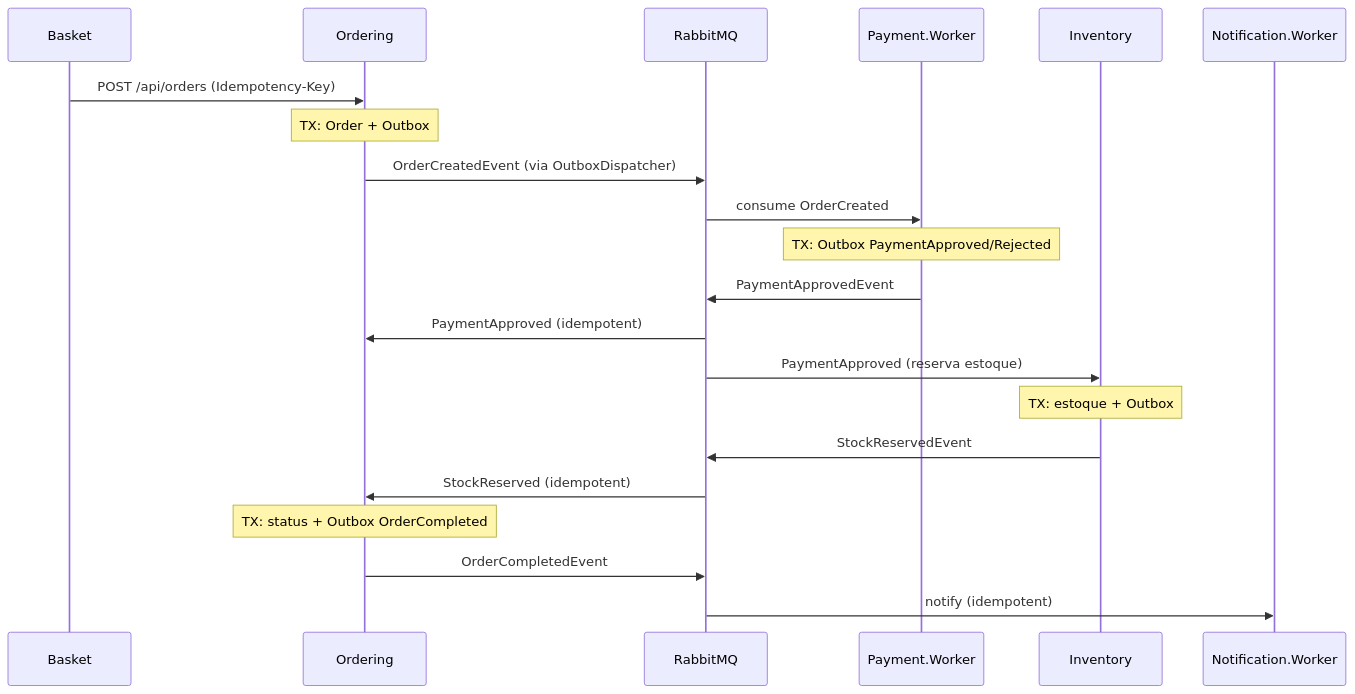
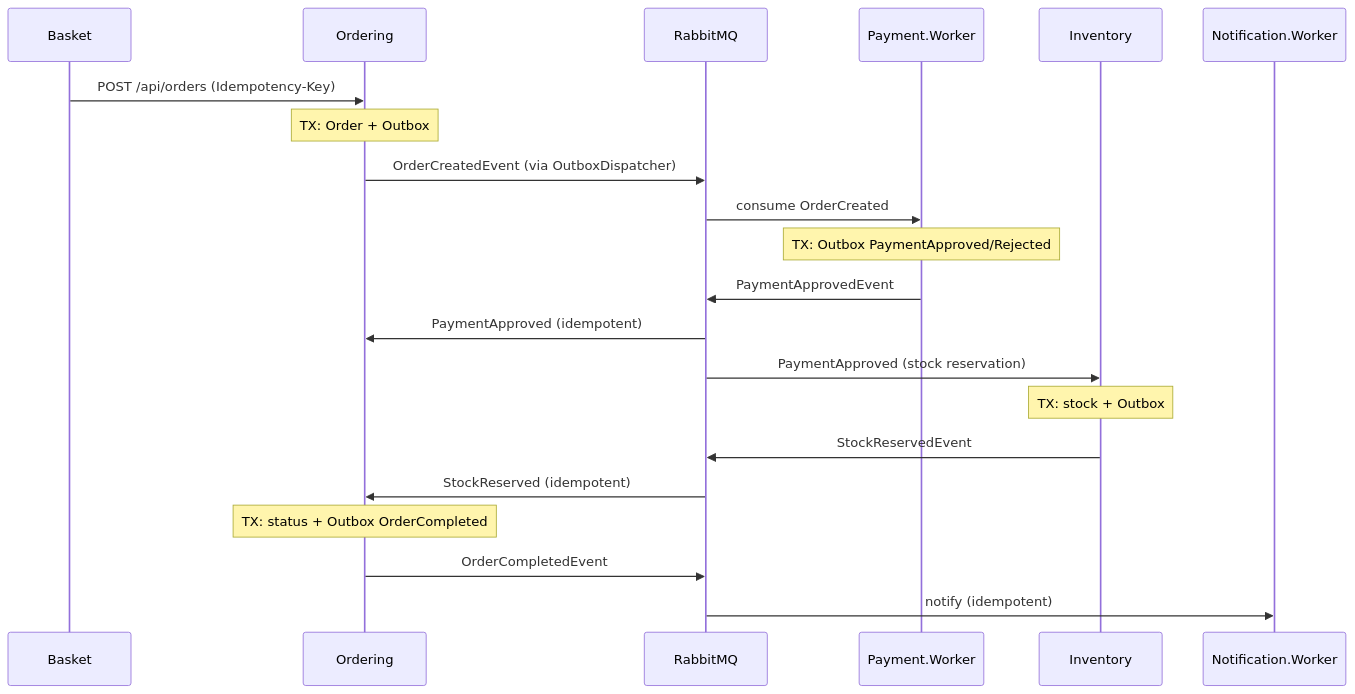
Before and after one commit to luismpenholato/Microservices.Ecommerce: the first of 2 diagrams in docs/architecture.md, drawn with Mermaid. The commit also changed other lines of this file and 31 other files, not shown here.

````diff
--- a/docs/architecture.md
+++ b/docs/architecture.md
@@ -95,24 +95,24 @@
 ```mermaid
 sequenceDiagram
     participant B as Basket
     participant O as Ordering
     participant R as RabbitMQ
     participant P as Payment.Worker
     participant I as Inventory
     participant N as Notification.Worker
 
     B->>O: POST /api/orders (Idempotency-Key)
     Note over O: TX: Order + Outbox
     O->>R: OrderCreatedEvent (via OutboxDispatcher)
     R->>P: consume OrderCreated
     Note over P: TX: Outbox PaymentApproved/Rejected
     P->>R: PaymentApprovedEvent
     R->>O: PaymentApproved (idempotent)
-    R->>I: PaymentApproved (reserva estoque)
-    Note over I: TX: estoque + Outbox
+    R->>I: PaymentApproved (stock reservation)
+    Note over I: TX: stock + Outbox
     I->>R: StockReservedEvent
     R->>O: StockReserved (idempotent)
     Note over O: TX: status + Outbox OrderCompleted
     O->>R: OrderCompletedEvent
     R->>N: notify (idempotent)
 ```
````
